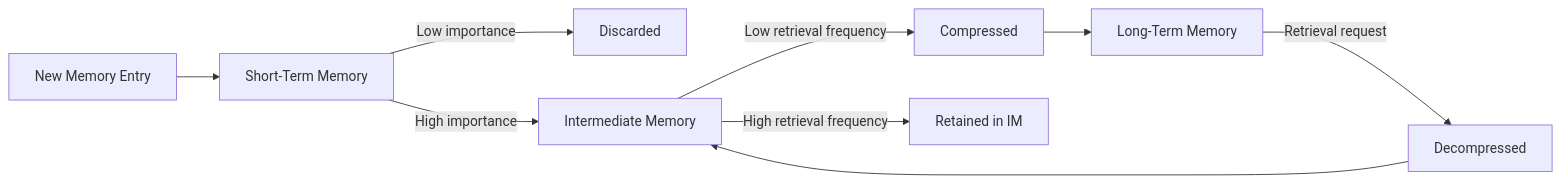
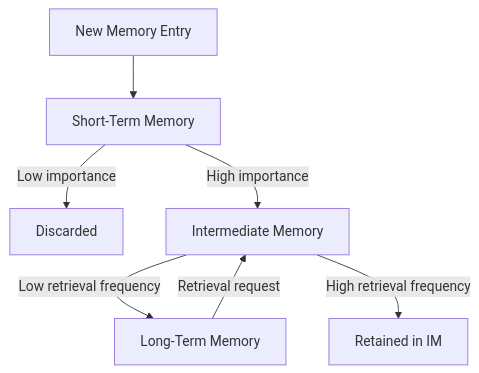
One commit to Dooders/AgentMemory changed the first of 2 diagrams in docs/design.md. Above: the diagram before and after it, drawn with Mermaid. The commit also changed other lines of this file and 6 other files, not shown here.

````diff
--- a/docs/design.md
+++ b/docs/design.md
@@ -28,11 +9,9 @@
 ```mermaid
-flowchart LR
+graph TD
     A[New Memory Entry] --> STM[Short-Term Memory]
     STM --> |Low importance| Discard[Discarded]
     STM --> |High importance| IM[Intermediate Memory]
-    IM --> |Low retrieval frequency| Compress[Compressed]
-    Compress --> LTM[Long-Term Memory]
+    IM --> |Low retrieval frequency| LTM[Long-Term Memory]
     IM --> |High retrieval frequency| Retain[Retained in IM]
-    LTM --> |Retrieval request| Decompress[Decompressed]
-    Decompress --> IM
+    LTM --> |Retrieval request| IM
 ```
````
